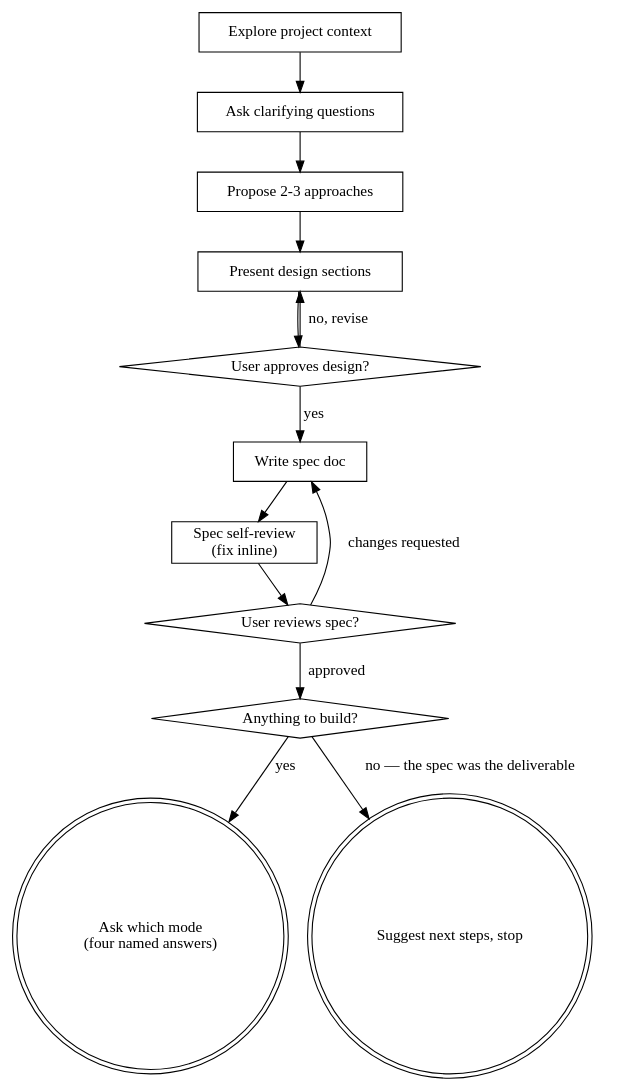
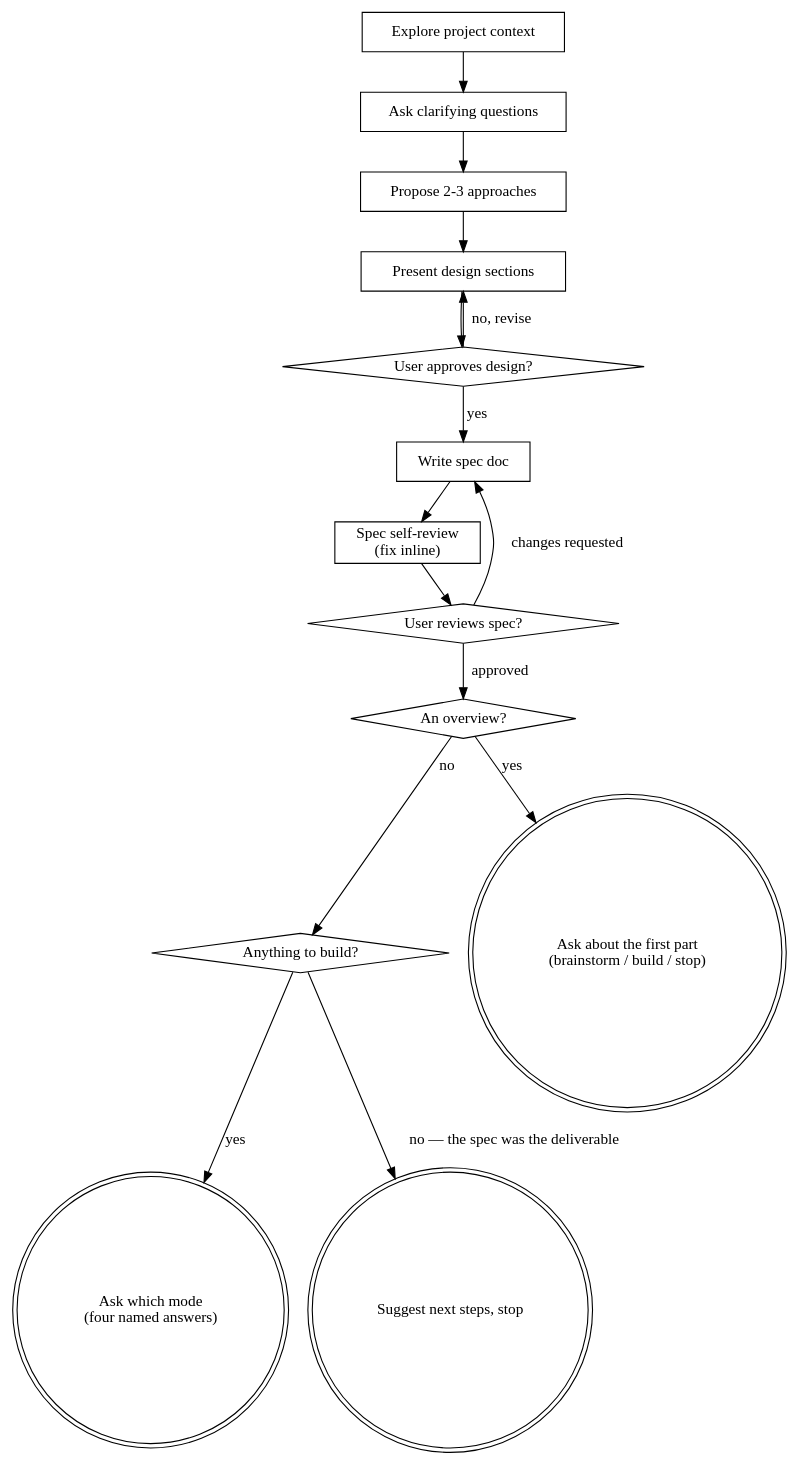
The diagram in plugins/clankit-dev/skills/brainstorming/SKILL.md (mrgawrys/clankit), drawn with Graphviz before and after one commit. The commit also changed other lines of this file, not shown here.

Commit message:
brainstorming: a multi-part ask can produce an overview; each part designed when it starts

````diff
--- a/plugins/clankit-dev/skills/brainstorming/SKILL.md
+++ b/plugins/clankit-dev/skills/brainstorming/SKILL.md
@@ -59,28 +59,32 @@
 ```dot
 digraph brainstorming {
     "Explore project context" [shape=box];
     "Ask clarifying questions" [shape=box];
     "Propose 2-3 approaches" [shape=box];
     "Present design sections" [shape=box];
     "User approves design?" [shape=diamond];
     "Write spec doc" [shape=box];
     "Spec self-review\n(fix inline)" [shape=box];
     "User reviews spec?" [shape=diamond];
+    "An overview?" [shape=diamond];
     "Anything to build?" [shape=diamond];
     "Ask which mode\n(four named answers)" [shape=doublecircle];
+    "Ask about the first part\n(brainstorm / build / stop)" [shape=doublecircle];
     "Suggest next steps, stop" [shape=doublecircle];
 
     "Explore project context" -> "Ask clarifying questions";
     "Ask clarifying questions" -> "Propose 2-3 approaches";
     "Propose 2-3 approaches" -> "Present design sections";
     "Present design sections" -> "User approves design?";
     "User approves design?" -> "Present design sections" [label="no, revise"];
     "User approves design?" -> "Write spec doc" [label="yes"];
     "Write spec doc" -> "Spec self-review\n(fix inline)";
     "Spec self-review\n(fix inline)" -> "User reviews spec?";
     "User reviews spec?" -> "Write spec doc" [label="changes requested"];
-    "User reviews spec?" -> "Anything to build?" [label="approved"];
+    "User reviews spec?" -> "An overview?" [label="approved"];
+    "An overview?" -> "Ask about the first part\n(brainstorm / build / stop)" [label="yes"];
+    "An overview?" -> "Anything to build?" [label="no"];
     "Anything to build?" -> "Ask which mode\n(four named answers)" [label="yes"];
     "Anything to build?" -> "Suggest next steps, stop" [label="no — the spec was the deliverable"];
 }
 ```
````
